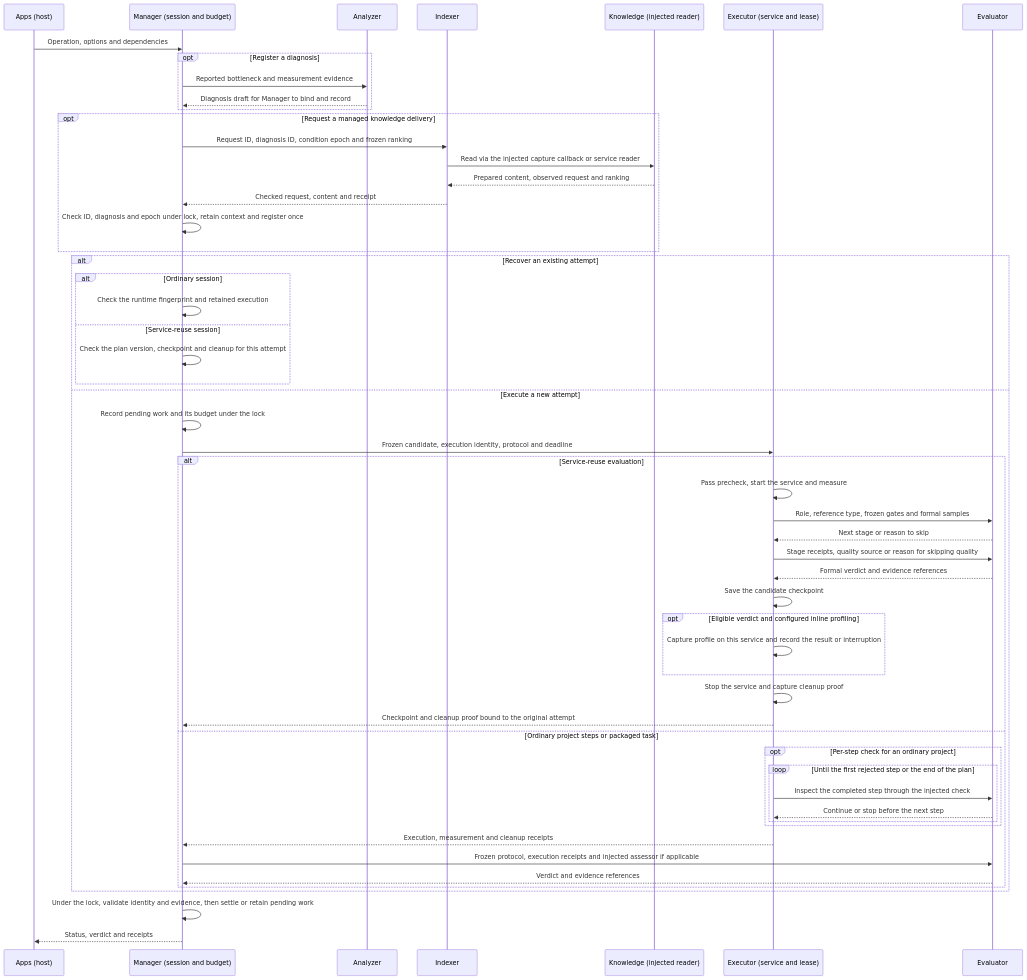
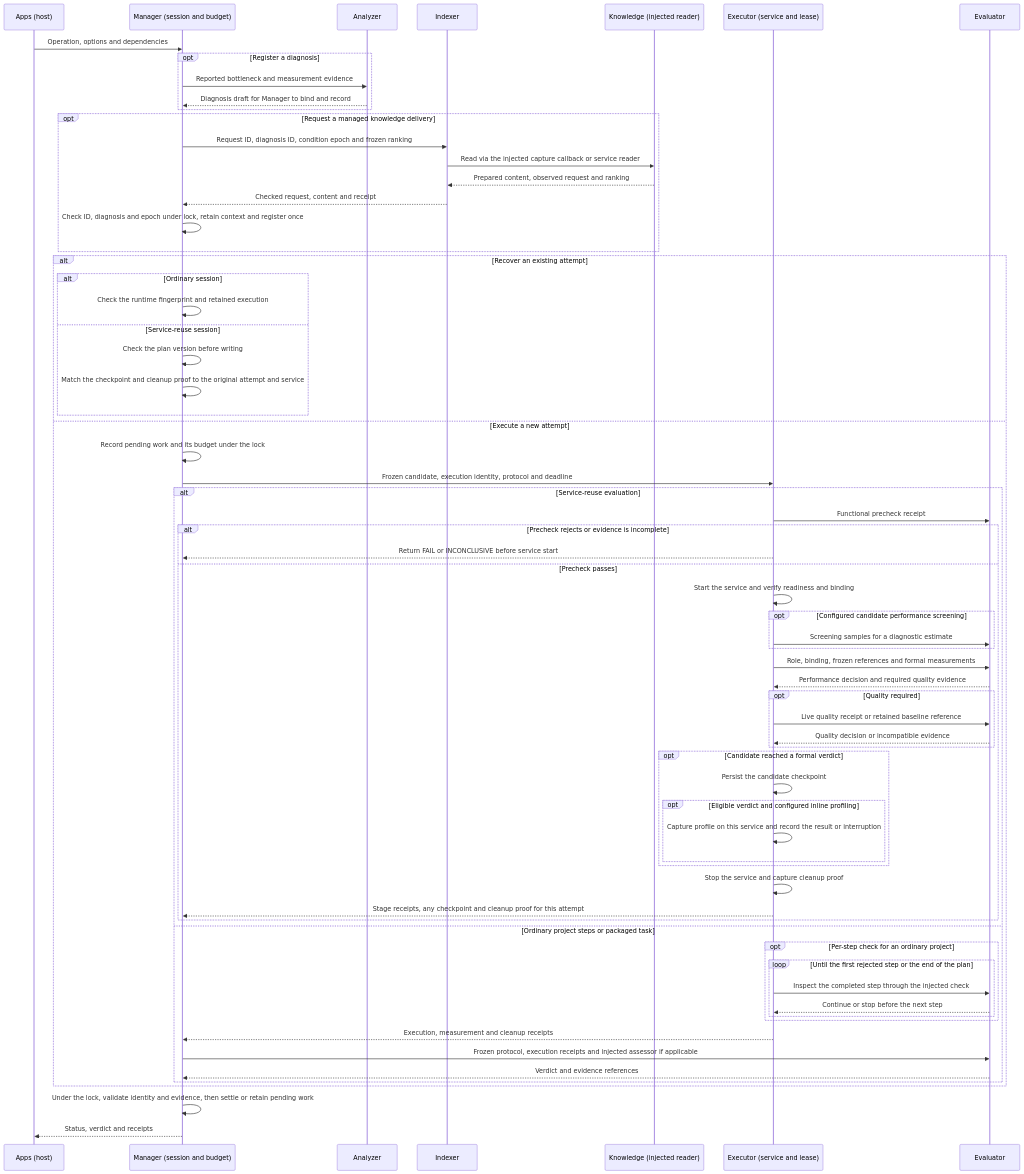
One commit to InferMatrixLab/InferRSI changed the diagram in src/inferrsi/harness/README.md. Above: the diagram before and after it, drawn with Mermaid. The commit also changed other lines of this file and 5 other files, not shown here.

Commit message:
Verify installed service recovery against version and cleanup boundaries

````diff
--- a/src/inferrsi/harness/README.md
+++ b/src/inferrsi/harness/README.md
@@ -95,57 +95,70 @@
 ```mermaid
 sequenceDiagram
     participant C as Apps (host)
     participant M as Manager (session and budget)
     participant A as Analyzer
     participant I as Indexer
     participant K as Knowledge (injected reader)
     participant X as Executor (service and lease)
     participant V as Evaluator
     C->>M: Operation, options and dependencies
     opt Register a diagnosis
         M->>A: Reported bottleneck and measurement evidence
         A-->>M: Diagnosis draft for Manager to bind and record
     end
     opt Request a managed knowledge delivery
         M->>I: Request ID, diagnosis ID, condition epoch and frozen ranking
         I->>K: Read via the injected capture callback or service reader
         K-->>I: Prepared content, observed request and ranking
         I-->>M: Checked request, content and receipt
         M->>M: Check ID, diagnosis and epoch under lock, retain context and register once
     end
     alt Recover an existing attempt
         alt Ordinary session
             M->>M: Check the runtime fingerprint and retained execution
         else Service-reuse session
-            M->>M: Check the plan version, checkpoint and cleanup for this attempt
+            M->>M: Check the plan version before writing
+            M->>M: Match the checkpoint and cleanup proof to the original attempt and service
         end
     else Execute a new attempt
         M->>M: Record pending work and its budget under the lock
         M->>X: Frozen candidate, execution identity, protocol and deadline
         alt Service-reuse evaluation
-            X->>X: Pass precheck, start the service and measure
-            X->>V: Role, reference type, frozen gates and formal samples
-            V-->>X: Next stage or reason to skip
-            X->>V: Stage receipts, quality source or reason for skipping quality
-            V-->>X: Formal verdict and evidence references
-            X->>X: Save the candidate checkpoint
-            opt Eligible verdict and configured inline profiling
-                X->>X: Capture profile on this service and record the result or interruption
+            X->>V: Functional precheck receipt
+            alt Precheck rejects or evidence is incomplete
+                X-->>M: Return FAIL or INCONCLUSIVE before service start
+            else Precheck passes
+                X->>X: Start the service and verify readiness and binding
+                opt Configured candidate performance screening
+                    X->>V: Screening samples for a diagnostic estimate
+                end
+                X->>V: Role, binding, frozen references and formal measurements
+                V-->>X: Performance decision and required quality evidence
+                opt Quality required
+                    X->>V: Live quality receipt or retained baseline reference
+                    V-->>X: Quality decision or incompatible evidence
+                end
+                opt Candidate reached a formal verdict
+                    X->>X: Persist the candidate checkpoint
+                    opt Eligible verdict and configured inline profiling
+                        X->>X: Capture profile on this service and record the result or interruption
+                    end
+                end
+                X->>X: Stop the service and capture cleanup proof
+                X-->>M: Stage receipts, any checkpoint and cleanup proof for this attempt
             end
-            X->>X: Stop the service and capture cleanup proof
-            X-->>M: Checkpoint and cleanup proof bound to the original attempt
         else Ordinary project steps or packaged task
             opt Per-step check for an ordinary project
                 loop Until the first rejected step or the end of the plan
                     X->>V: Inspect the completed step through the injected check
                     V-->>X: Continue or stop before the next step
                 end
             end
             X-->>M: Execution, measurement and cleanup receipts
             M->>V: Frozen protocol, execution receipts and injected assessor if applicable
             V-->>M: Verdict and evidence references
         end
     end
     M->>M: Under the lock, validate identity and evidence, then settle or retain pending work
     M-->>C: Status, verdict and receipts
 ```
````
